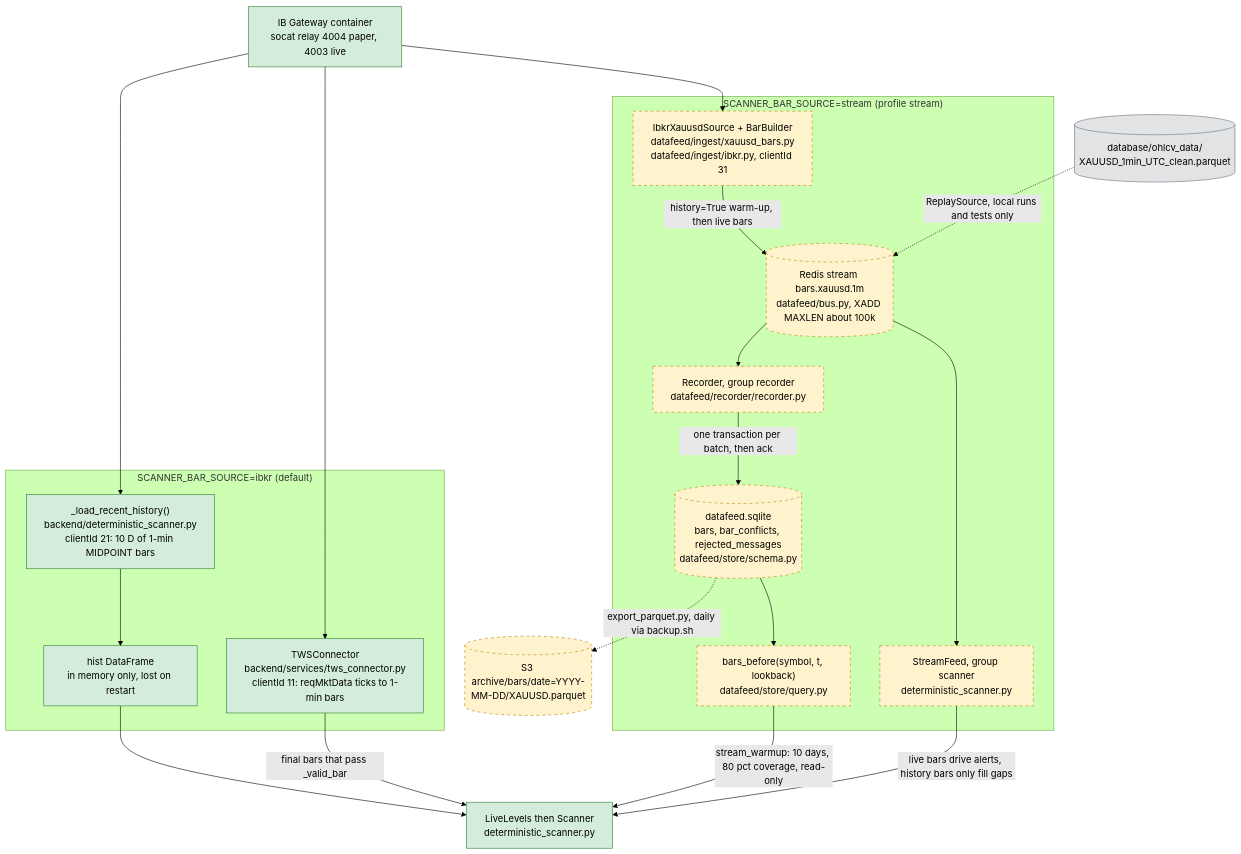
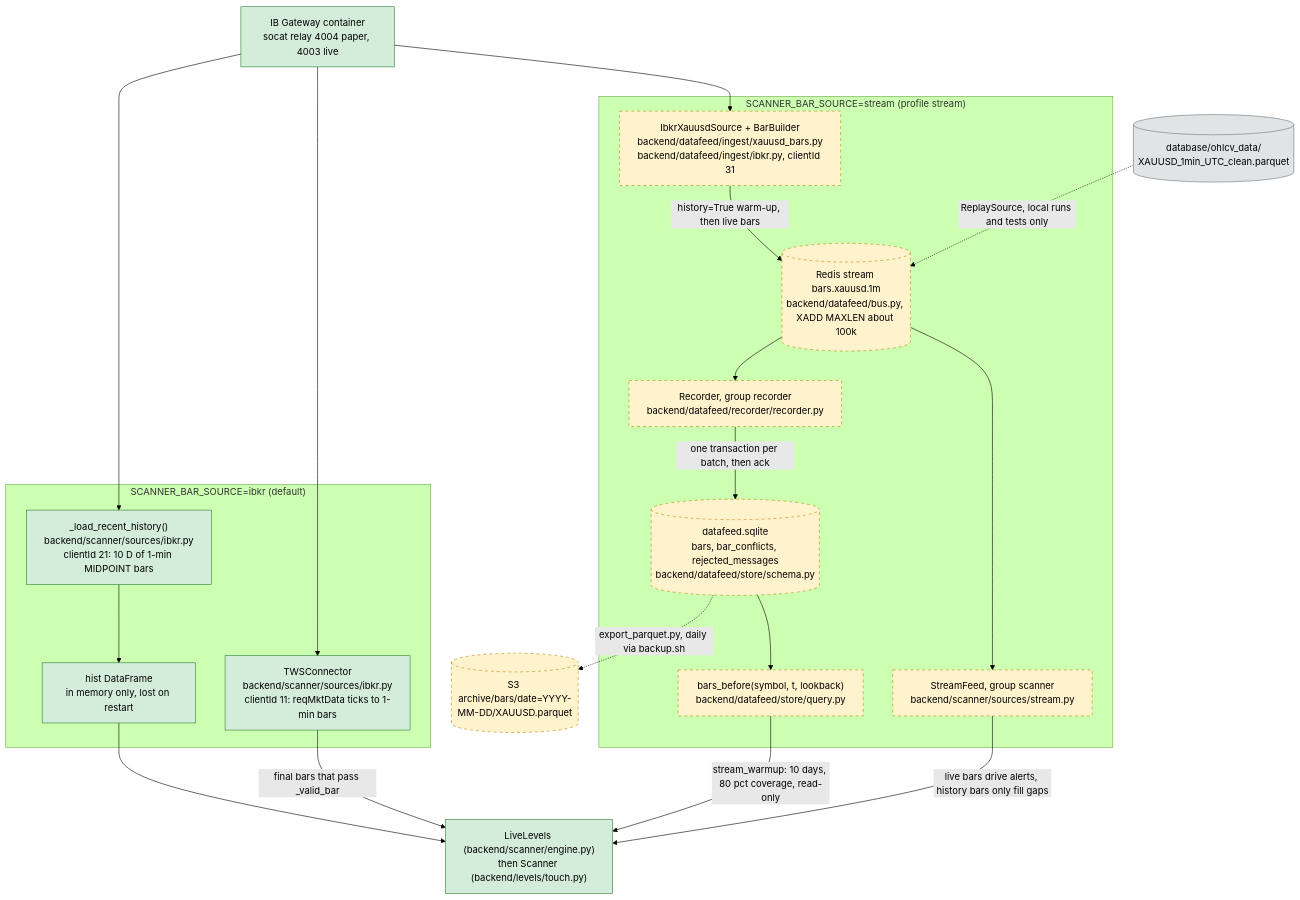
The third of 12 diagrams in docs/ARCHITECTURE_CURRENT.md (QBKFD/OPARLI-LLM-FORWARD), drawn with Mermaid (forest theme) before and after one commit. The commit also changed other lines of this file and 36 other files, not shown here.

````diff
--- a/docs/ARCHITECTURE_CURRENT.md
+++ b/docs/ARCHITECTURE_CURRENT.md
@@ -93,39 +148,39 @@
 ```mermaid
 flowchart TB
   GW["IB Gateway container<br/>socat relay 4004 paper, 4003 live"]
 
   subgraph IBKRMODE["SCANNER_BAR_SOURCE=ibkr (default)"]
-    H1["_load_recent_history()<br/>backend/deterministic_scanner.py<br/>clientId 21: 10 D of 1-min MIDPOINT bars"]
-    T1["TWSConnector<br/>backend/services/tws_connector.py<br/>clientId 11: reqMktData ticks to 1-min bars"]
+    H1["_load_recent_history()<br/>backend/scanner/sources/ibkr.py<br/>clientId 21: 10 D of 1-min MIDPOINT bars"]
+    T1["TWSConnector<br/>backend/scanner/sources/ibkr.py<br/>clientId 11: reqMktData ticks to 1-min bars"]
     MEM["hist DataFrame<br/>in memory only, lost on restart"]
   end
 
   subgraph STREAMMODE["SCANNER_BAR_SOURCE=stream (profile stream)"]
-    F["IbkrXauusdSource + BarBuilder<br/>datafeed/ingest/xauusd_bars.py<br/>datafeed/ingest/ibkr.py, clientId 31"]
-    B[("Redis stream bars.xauusd.1m<br/>datafeed/bus.py, XADD MAXLEN about 100k")]
-    REC["Recorder, group recorder<br/>datafeed/recorder/recorder.py"]
-    ST[("datafeed.sqlite<br/>bars, bar_conflicts, rejected_messages<br/>datafeed/store/schema.py")]
-    Q["bars_before(symbol, t, lookback)<br/>datafeed/store/query.py"]
-    SF["StreamFeed, group scanner<br/>deterministic_scanner.py"]
+    F["IbkrXauusdSource + BarBuilder<br/>backend/datafeed/ingest/xauusd_bars.py<br/>backend/datafeed/ingest/ibkr.py, clientId 31"]
+    B[("Redis stream bars.xauusd.1m<br/>backend/datafeed/bus.py, XADD MAXLEN about 100k")]
+    REC["Recorder, group recorder<br/>backend/datafeed/recorder/recorder.py"]
+    ST[("datafeed.sqlite<br/>bars, bar_conflicts, rejected_messages<br/>backend/datafeed/store/schema.py")]
+    Q["bars_before(symbol, t, lookback)<br/>backend/datafeed/store/query.py"]
+    SF["StreamFeed, group scanner<br/>backend/scanner/sources/stream.py"]
   end
 
-  LL["LiveLevels then Scanner<br/>deterministic_scanner.py"]
+  LL["LiveLevels (backend/scanner/engine.py)<br/>then Scanner (backend/levels/touch.py)"]
   ARC[("S3 archive/bars/date=YYYY-MM-DD/XAUUSD.parquet")]
   PQ[("database/ohlcv_data/<br/>XAUUSD_1min_UTC_clean.parquet")]
 
   GW --> H1 --> MEM --> LL
   GW --> T1 -->|"final bars that pass _valid_bar"| LL
   GW --> F -->|"history=True warm-up, then live bars"| B
   B --> REC -->|"one transaction per batch, then ack"| ST
   ST --> Q -->|"stream_warmup: 10 days, 80 pct coverage, read-only"| LL
   B --> SF -->|"live bars drive alerts, history bars only fill gaps"| LL
   ST -.->|"export_parquet.py, daily via backup.sh"| ARC
   PQ -.->|"ReplaySource, local runs and tests only"| B
 
   classDef prod fill:#d4edda,stroke:#2e7d32,color:#000
   classDef optin fill:#fff3cd,stroke:#b8860b,stroke-dasharray:5 5,color:#000
   classDef idle fill:#e2e3e5,stroke:#6c757d,color:#000
   class GW,H1,T1,MEM,LL prod
   class F,B,REC,ST,Q,SF,ARC optin
   class PQ idle
 ```
````
